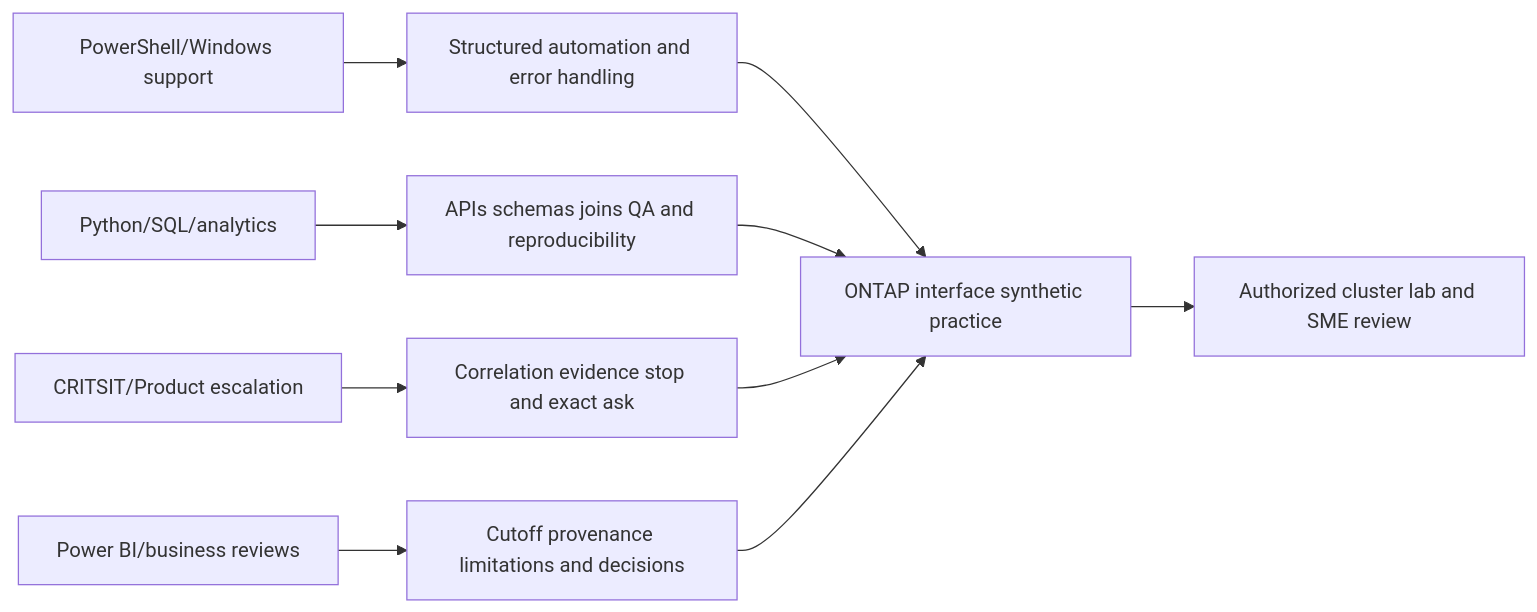
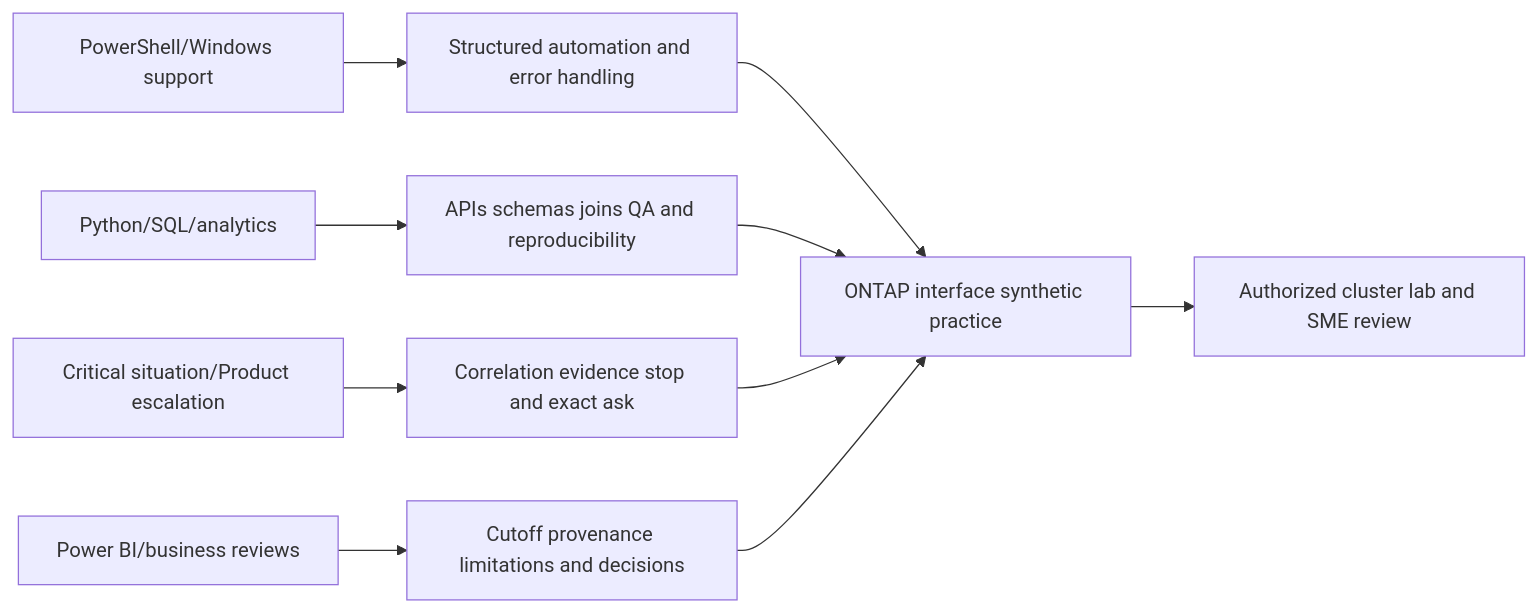
One commit to hichauhan-in/Interview-Prep changed diagram 23 of 24 in NetApp TAM/prep/Part-24-ontap-system-manager-cli-rest.md. Above: the diagram before and after it, drawn with Mermaid. The commit also changed other lines of this file and 493 other files, not shown here.

````diff
--- a/NetApp TAM/prep/Part-24-ontap-system-manager-cli-rest.md
+++ b/NetApp TAM/prep/Part-24-ontap-system-manager-cli-rest.md
@@ -822,12 +822,12 @@
 ```mermaid
 flowchart LR
     PS[PowerShell/Windows support] --> AUTO[Structured automation and error handling]
     PY[Python/SQL/analytics] --> DATA[APIs schemas joins QA and reproducibility]
-    CRIT[CRITSIT/Product escalation] --> SAFE[Correlation evidence stop and exact ask]
+    CRIT[Critical situation/Product escalation] --> SAFE[Correlation evidence stop and exact ask]
     BI[Power BI/business reviews] --> REPORT[Cutoff provenance limitations and decisions]
     AUTO --> ONTAP[ONTAP interface synthetic practice]
     DATA --> ONTAP
     SAFE --> ONTAP
     REPORT --> ONTAP
     ONTAP --> LAB[Authorized cluster lab and SME review]
 ```
````
